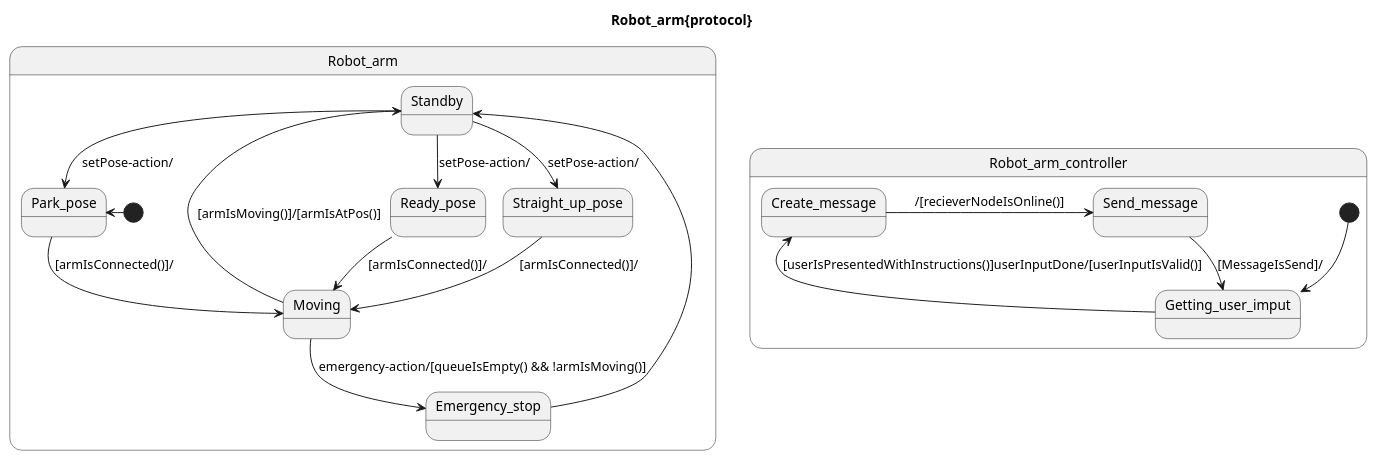
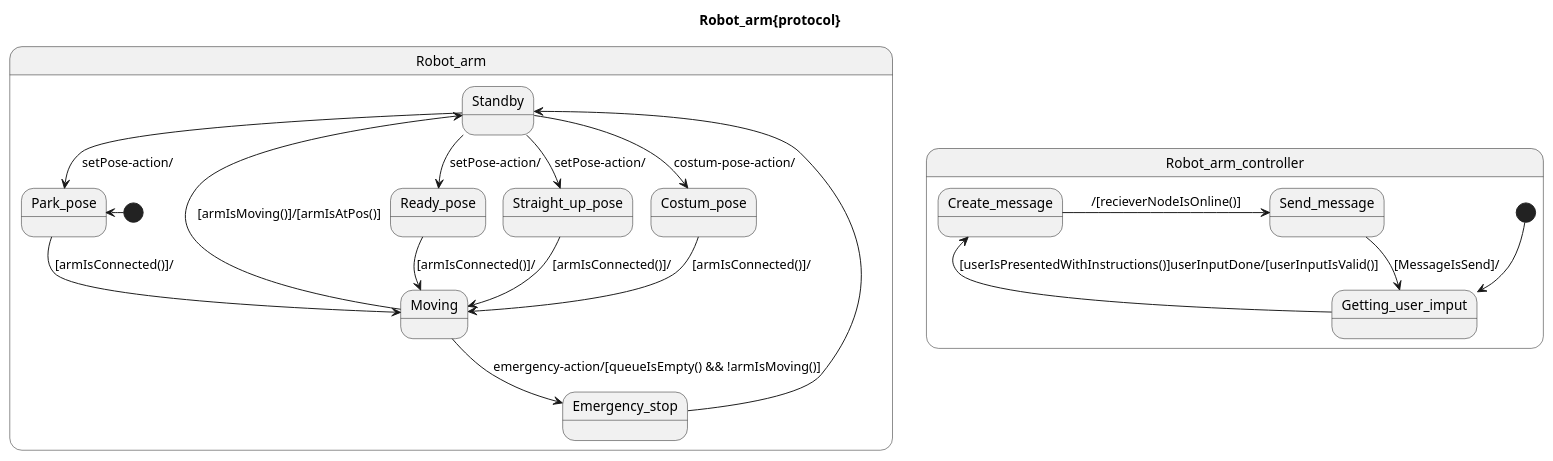
Before and after one commit to muisje/robot_arm_aansturing: the diagram in diagrams/ProtocolStateDiagram.plantuml, drawn with PlantUML. The commit also changed 1 other file, not shown here.

```diff
--- a/diagrams/ProtocolStateDiagram.plantuml
+++ b/diagrams/ProtocolStateDiagram.plantuml
@@ -1,30 +1,33 @@
 @startuml
 
 title Robot_arm{protocol}
 
 state Robot_arm {
 
 [*] -left-> Park_pose
 Park_pose -down-> Moving : [armIsConnected()]/
 Ready_pose -down-> Moving : [armIsConnected()]/
 Straight_up_pose -down-> Moving : [armIsConnected()]/
+Costum_pose -down-> Moving : [armIsConnected()]/
+
 
 Moving -left-> Standby : [armIsMoving()]/[armIsAtPos()]
 
 Standby --> Park_pose : setPose-action/
 Standby --> Ready_pose : setPose-action/
 Standby --> Straight_up_pose : setPose-action/
+Standby --> Costum_pose : costum-pose-action/
 
 Moving --> Emergency_stop : emergency-action/[queueIsEmpty() && !armIsMoving()]
 Emergency_stop --> Standby
 
 }
 
 state Robot_arm_controller {
     [*] --> Getting_user_imput
     Getting_user_imput --> Create_message : [userIsPresentedWithInstructions()]userInputDone/[userInputIsValid()]
     Create_message -right-> Send_message : /[recieverNodeIsOnline()]
     Send_message --> Getting_user_imput : [MessageIsSend]/
 }
 
 @enduml
```
